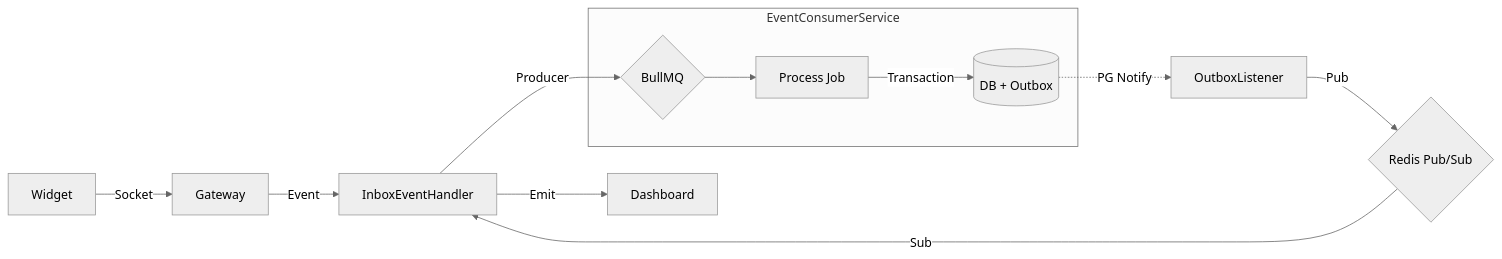
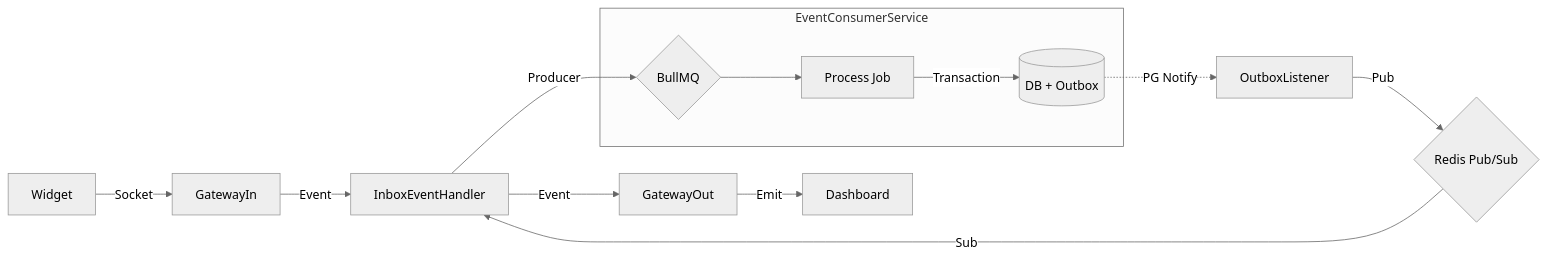
One commit to doananhhung/livechat changed the third of 6 diagrams in presentation/pages/hoang.md. Above: the diagram before and after it, drawn with Mermaid (neutral theme). The commit also changed other lines of this file and 6 other files, not shown here.

````diff
--- a/presentation/pages/hoang.md
+++ b/presentation/pages/hoang.md
@@ -77,16 +77,17 @@
 ```mermaid
 flowchart LR
-    Widget -->|Socket| Gateway
-    Gateway -->|Event| Handler["InboxEventHandler"]
+    Widget -->|Socket| GatewayIn
+    GatewayIn -->|Event| Handler["InboxEventHandler"]
     Handler -->|Producer| Queue{BullMQ}
     
     subgraph Worker["EventConsumerService"]
         Queue --> Consumer["Process Job"]
         Consumer -->|Transaction| DB[(DB + Outbox)]
     end
     
     DB -.->|PG Notify| Listener["OutboxListener"]
     Listener -->|Pub| Redis{Redis Pub/Sub}
     Redis -->|Sub| Handler
-    Handler -->|Emit| Dashboard
+    Handler -->|Event| GatewayOut
+    GatewayOut -->|Emit| Dashboard
 ```
````
